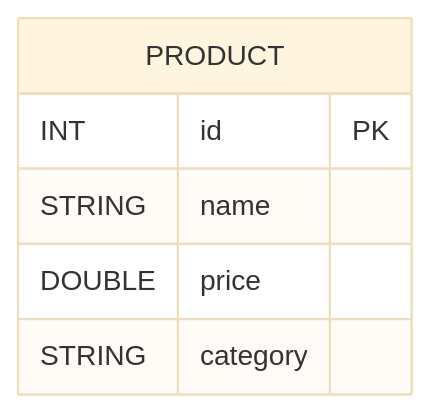
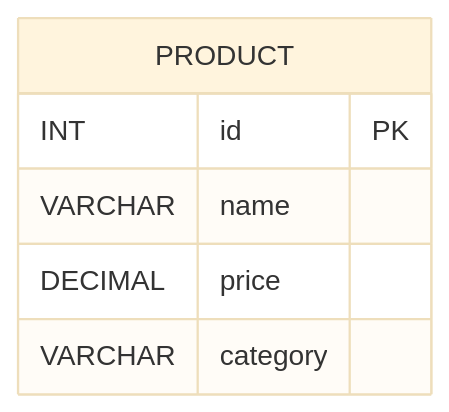
Before and after one commit to carlos-paezf/Object_Oriented_Programming: the second of 3 diagrams in docs/block-02_interfaces-maping-dao/02_mapping_objects_creation.md, drawn with Mermaid (base theme). The commit also changed other lines of this file, not shown here.

````diff
--- a/docs/block-02_interfaces-maping-dao/02_mapping_objects_creation.md
+++ b/docs/block-02_interfaces-maping-dao/02_mapping_objects_creation.md
@@ -74,9 +74,9 @@
 ```mermaid
 erDiagram
     PRODUCT {
         INT id PK
-        STRING name
-        DOUBLE price
-        STRING category
+        VARCHAR name
+        DECIMAL price
+        VARCHAR category
     }
 ```
````
